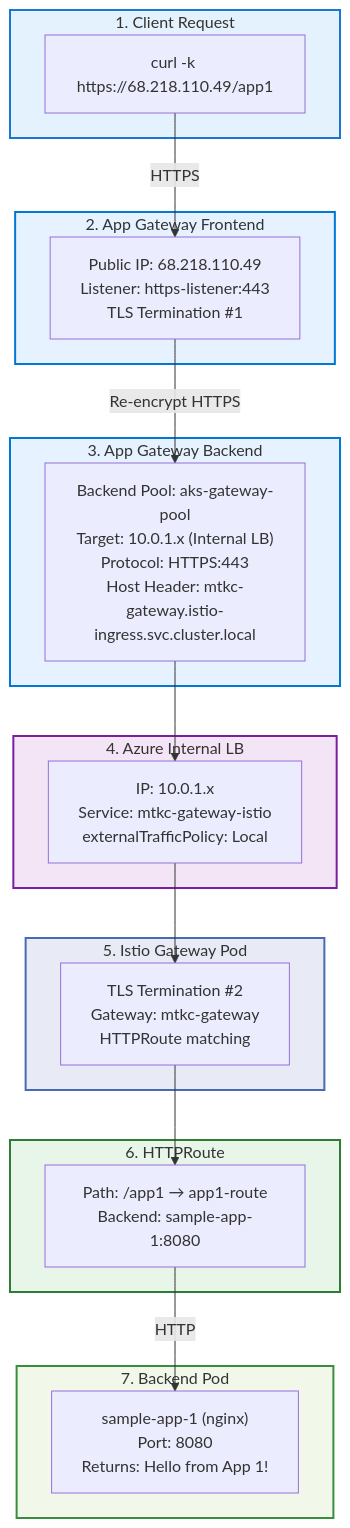
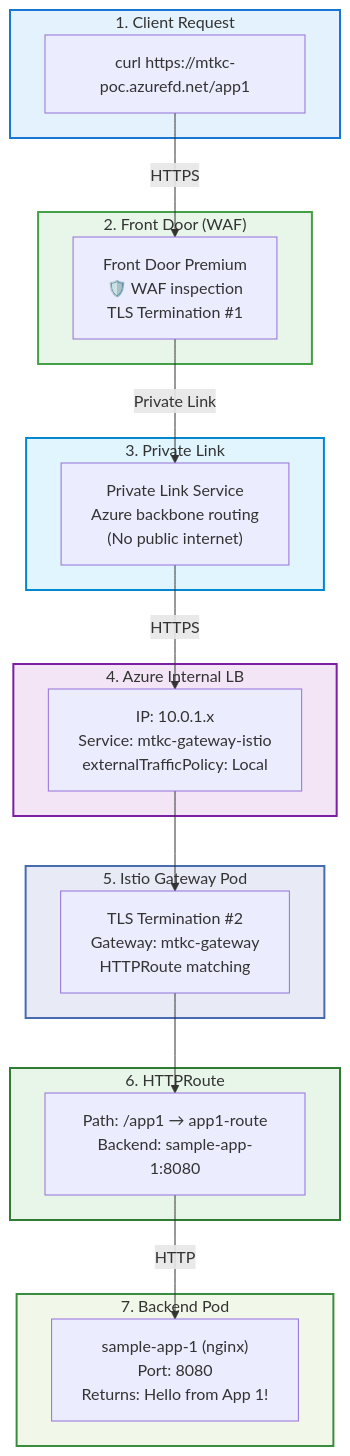
The fourth of 11 diagrams in README.md (shanaka-versent/AKS-Istio-GatewayAPI-Demo), drawn with Mermaid before and after one commit. The commit also changed other lines of this file, not shown here.

First line of the commit message:
Update all architecture diagrams to show Front Door + Private Link

````diff
--- a/README.md
+++ b/README.md
@@ -339,51 +335,53 @@
 ```mermaid
 flowchart TB
     subgraph Step1["1. Client Request"]
-        Client["curl -k https://68.218.110.49/app1"]
+        Client["curl https://mtkc-poc.azurefd.net/app1"]
     end
 
-    subgraph Step2["2. App Gateway Frontend"]
-        AGW["Public IP: 68.218.110.49<br/>Listener: https-listener:443<br/>TLS Termination #1"]
+    subgraph Step2["2. Front Door (WAF)"]
+        FD["Front Door Premium<br/>🛡️ WAF inspection<br/>TLS Termination #1"]
     end
 
-    subgraph Step3["3. App Gateway Backend"]
-        Backend["Backend Pool: aks-gateway-pool<br/>Target: 10.0.1.x (Internal LB)<br/>Protocol: HTTPS:443<br/>Host Header: mtkc-gateway.istio-ingress.svc.cluster.local"]
+    subgraph Step3["3. Private Link"]
+        PL["Private Link Service<br/>Azure backbone routing<br/>(No public internet)"]
     end
 
     subgraph Step4["4. Azure Internal LB"]
         ILB["IP: 10.0.1.x<br/>Service: mtkc-gateway-istio<br/>externalTrafficPolicy: Local"]
     end
 
     subgraph Step5["5. Istio Gateway Pod"]
         Gateway["TLS Termination #2<br/>Gateway: mtkc-gateway<br/>HTTPRoute matching"]
     end
 
     subgraph Step6["6. HTTPRoute"]
         Route["Path: /app1 → app1-route<br/>Backend: sample-app-1:8080"]
     end
 
     subgraph Step7["7. Backend Pod"]
         Pod["sample-app-1 (nginx)<br/>Port: 8080<br/>Returns: Hello from App 1!"]
     end
 
-    Client -->|"HTTPS"| AGW
-    AGW -->|"Re-encrypt HTTPS"| Backend
-    Backend --> ILB
+    Client -->|"HTTPS"| FD
+    FD -->|"Private Link"| PL
+    PL -->|"HTTPS"| ILB
     ILB --> Gateway
     Gateway --> Route
     Route -->|"HTTP"| Pod
 
     classDef client fill:#e3f2fd,stroke:#1976d2,stroke-width:2px,color:#333
-    classDef appgw fill:#e6f2ff,stroke:#0078d4,stroke-width:2px,color:#333
+    classDef frontdoor fill:#e8f5e9,stroke:#43a047,stroke-width:2px,color:#333
+    classDef privatelink fill:#e1f5fe,stroke:#0288d1,stroke-width:2px,color:#333
     classDef ilb fill:#f3e5f5,stroke:#7b1fa2,stroke-width:2px,color:#333
     classDef istio fill:#e8eaf6,stroke:#466bb0,stroke-width:2px,color:#333
     classDef route fill:#e8f5e9,stroke:#2e7d32,stroke-width:2px,color:#333
     classDef backend fill:#f1f8e9,stroke:#388e3c,stroke-width:2px,color:#333
 
     class Step1 client
-    class Step2,Step3 appgw
+    class Step2 frontdoor
+    class Step3 privatelink
     class Step4 ilb
     class Step5 istio
     class Step6 route
     class Step7 backend
 ```
````
